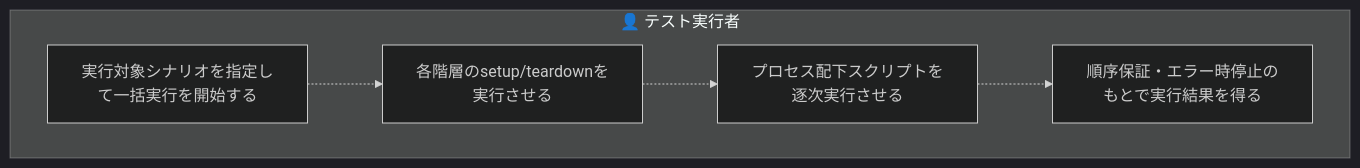
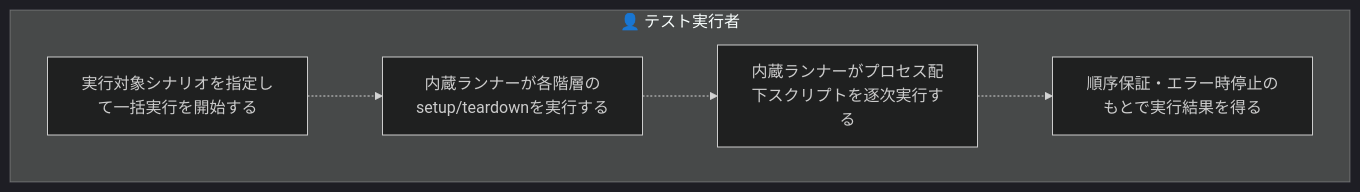
Before and after one commit to scenario-test-framework/stfw: the seventh of 8 diagrams in docs/rdra/latest/views/03_業務フロー.md, drawn with Mermaid (dark theme). The commit also changed other lines of this file and 22 other files, not shown here.

First line of the commit message:
docs(requirements): v1.0 リアーキテクティングを USDM/RDRA に反映 (event: 20260708_084933_v1_rearchitecting)

````diff
--- a/docs/rdra/latest/views/03_業務フロー.md
+++ b/docs/rdra/latest/views/03_業務フロー.md
@@ -191,12 +167,12 @@
 ```mermaid
 graph TD
   subgraph LN1["👤 テスト実行者"]
     AT1["実行対象シナリオを指定して一括実行を開始する"]
-    AT2["各階層のsetup/teardownを実行させる"]
-    AT3["プロセス配下スクリプトを逐次実行させる"]
+    AT2["内蔵ランナーが各階層のsetup/teardownを実行する"]
+    AT3["内蔵ランナーがプロセス配下スクリプトを逐次実行する"]
     AT4["順序保証・エラー時停止のもとで実行結果を得る"]
   end
   AT1 -.-> AT2
   AT2 -.-> AT3
   AT3 -.-> AT4
 ```
````
